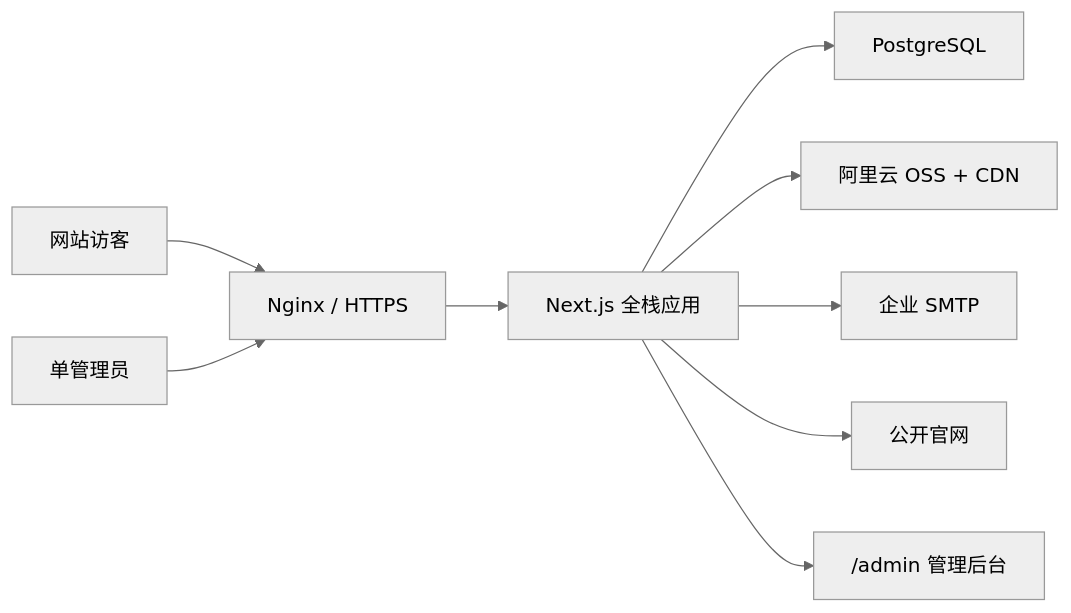
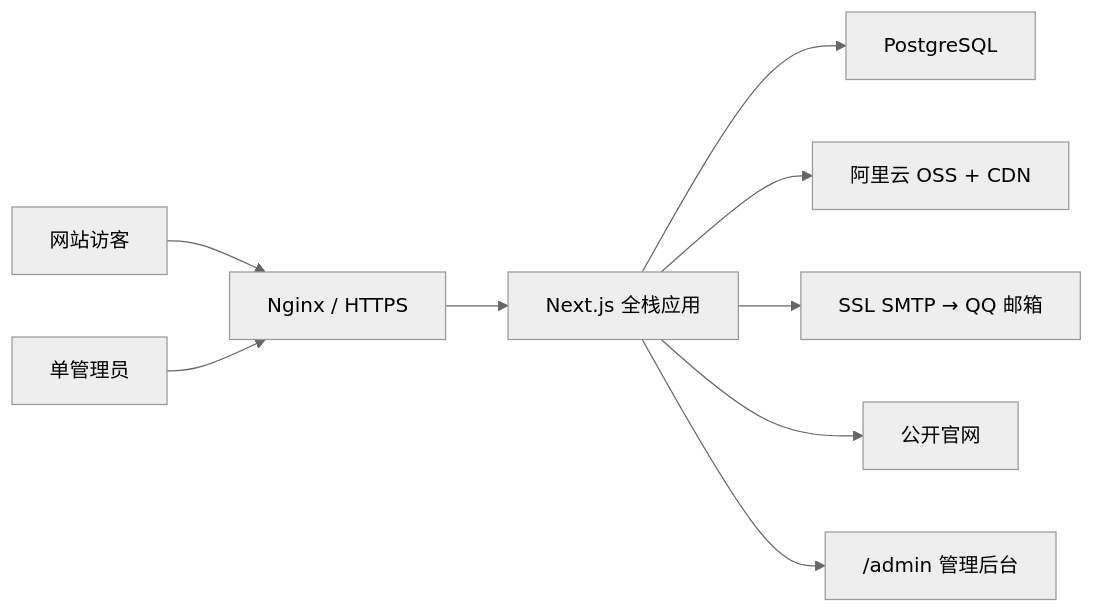
The diagram in docs/superpowers/specs/2026-08-19-rongelec-fullstack-website-design.md (mingle216/AI-WebProject), drawn with Mermaid (neutral theme) before and after one commit. The commit also changed other lines of this file and 2 other files, not shown here.

````diff
--- a/docs/superpowers/specs/2026-08-19-rongelec-fullstack-website-design.md
+++ b/docs/superpowers/specs/2026-08-19-rongelec-fullstack-website-design.md
@@ -66,11 +68,11 @@
 ```mermaid
 flowchart LR
     V["网站访客"] --> N["Nginx / HTTPS"]
     A["单管理员"] --> N
     N --> W["Next.js 全栈应用"]
     W --> P["PostgreSQL"]
     W --> O["阿里云 OSS + CDN"]
-    W --> M["企业 SMTP"]
+    W --> M["SSL SMTP → QQ 邮箱"]
     W --> S["公开官网"]
     W --> B["/admin 管理后台"]
 ```
````
